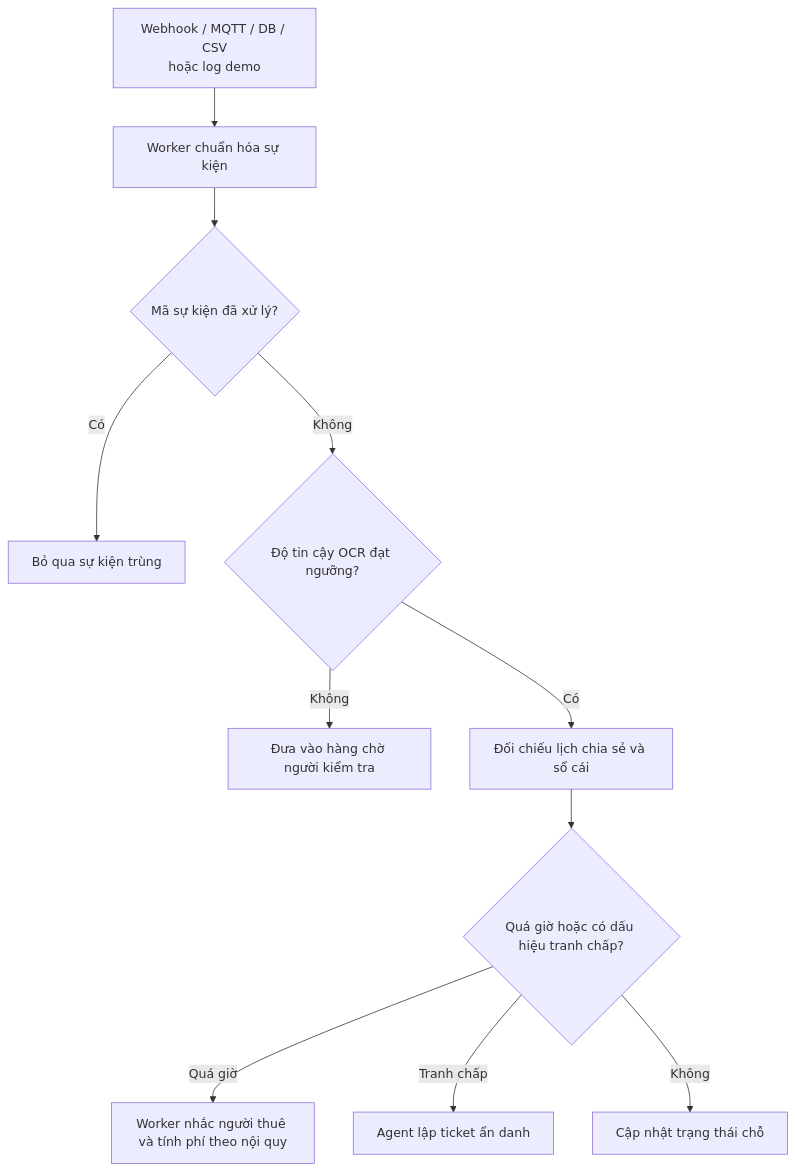
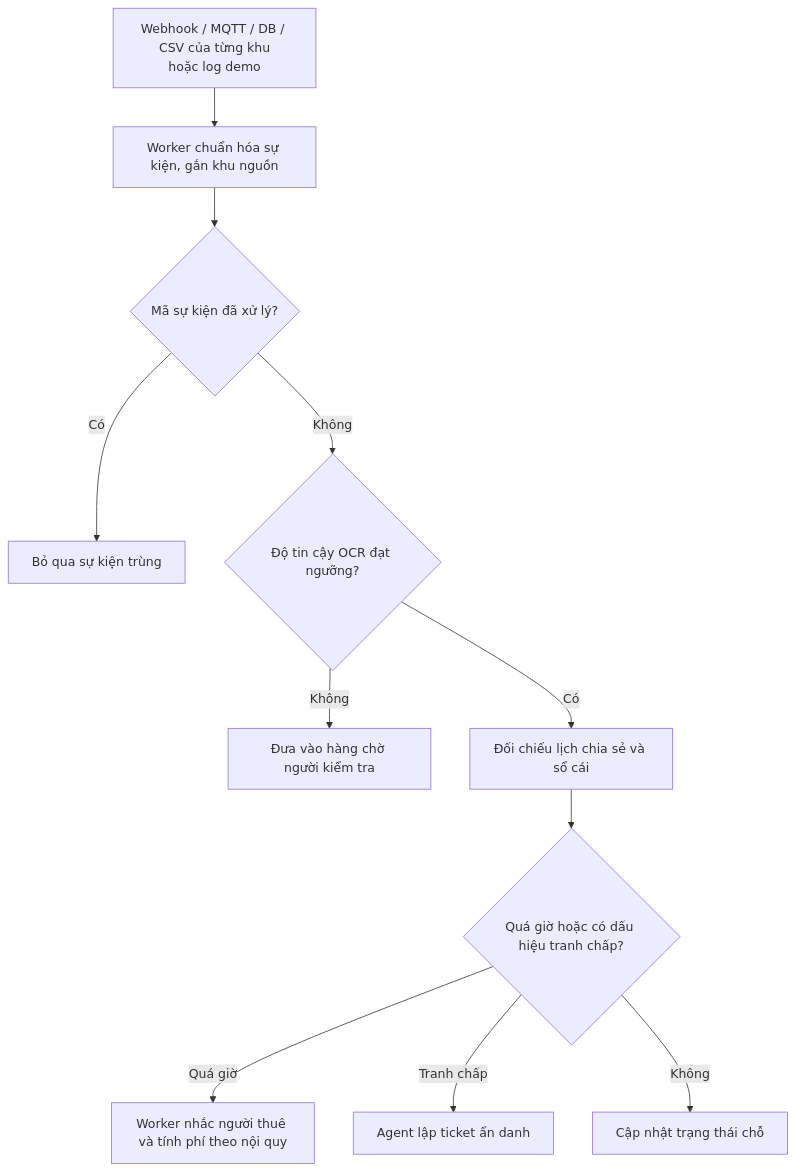
One commit to leewinie2104-lang/AITC-t-142 changed the seventh of 7 diagrams in docs/01-product/ux/user-flow.md. Above: the diagram before and after it, drawn with Mermaid. The commit also changed other lines of this file and 28 other files, not shown here.

Commit message:
docs: update docs/01-product, create documents in docs/02-architecture

````diff
--- a/docs/01-product/ux/user-flow.md
+++ b/docs/01-product/ux/user-flow.md
@@ -80,13 +99,13 @@
 ```mermaid
 flowchart TD
-    A[Webhook / MQTT / DB / CSV<br/>hoặc log demo] --> B[Worker chuẩn hóa sự kiện]
+    A[Webhook / MQTT / DB / CSV của từng khu<br/>hoặc log demo] --> B[Worker chuẩn hóa sự kiện, gắn khu nguồn]
     B --> C{Mã sự kiện đã xử lý?}
     C -- Có --> D[Bỏ qua sự kiện trùng]
     C -- Không --> E{Độ tin cậy OCR đạt ngưỡng?}
     E -- Không --> F[Đưa vào hàng chờ người kiểm tra]
     E -- Có --> G[Đối chiếu lịch chia sẻ và sổ cái]
     G --> H{Quá giờ hoặc có dấu hiệu tranh chấp?}
     H -- Quá giờ --> I[Worker nhắc người thuê và tính phí theo nội quy]
     H -- Tranh chấp --> J[Agent lập ticket ẩn danh]
     H -- Không --> K[Cập nhật trạng thái chỗ]
 ```
````
